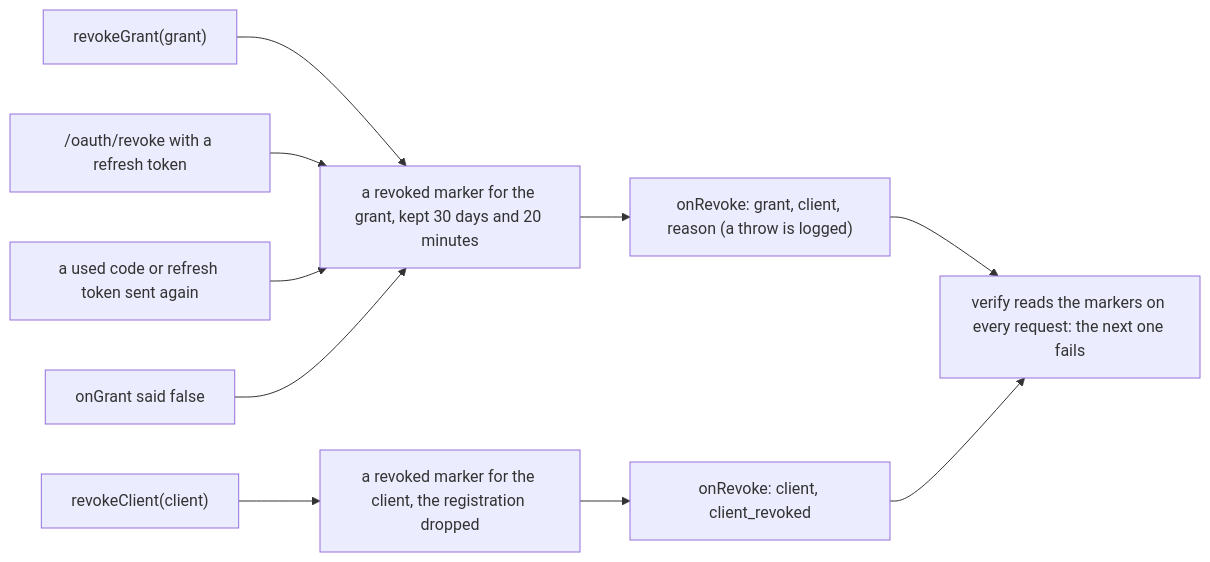
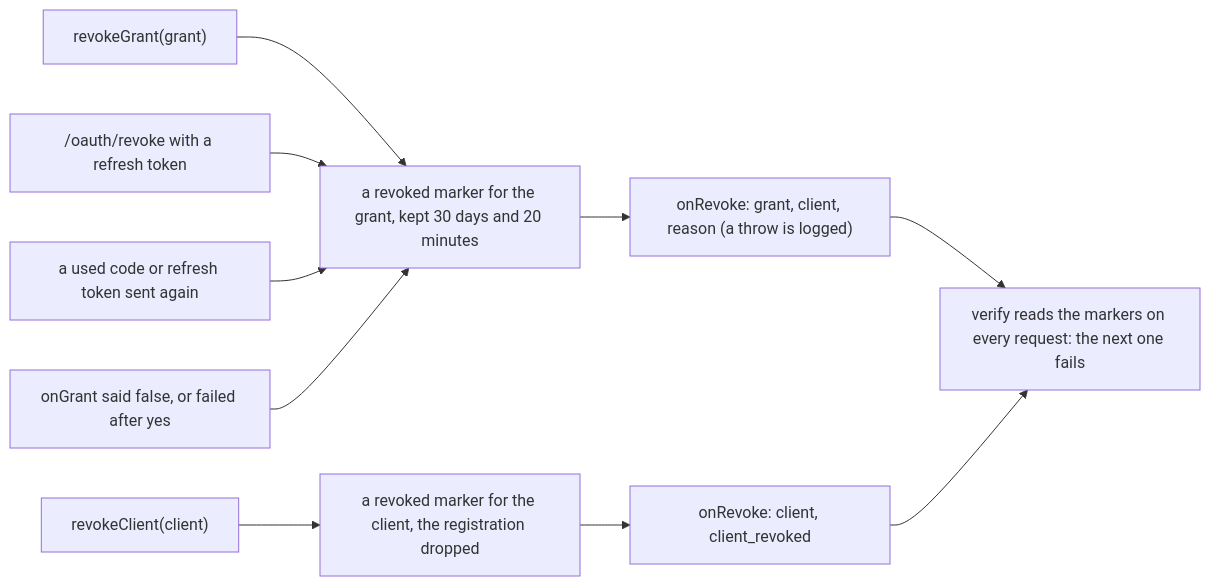
The fifth of 7 diagrams in src/oauth/README.md (escalay/api-kit), drawn with Mermaid before and after one commit. The commit also changed other lines of this file and 42 other files, not shown here.

````diff
--- a/src/oauth/README.md
+++ b/src/oauth/README.md
@@ -313,12 +313,12 @@
 ```mermaid
 flowchart LR
   revokeGrant["revokeGrant(grant)"] --> marker["a revoked marker for the grant, kept 30 days and 20 minutes"]
   revokeEndpoint["/oauth/revoke with a refresh token"] --> marker
   replay["a used code or refresh token sent again"] --> marker
-  withdrawn["onGrant said false"] --> marker
+  withdrawn["onGrant said false, or failed after yes"] --> marker
   marker --> told["onRevoke: grant, client, reason (a throw is logged)"]
   revokeClient["revokeClient(client)"] --> clientMarker["a revoked marker for the client, the registration dropped"]
   clientMarker --> toldClient["onRevoke: client, client_revoked"]
   told --> next["verify reads the markers on every request: the next one fails"]
   toldClient --> next
 ```
````
